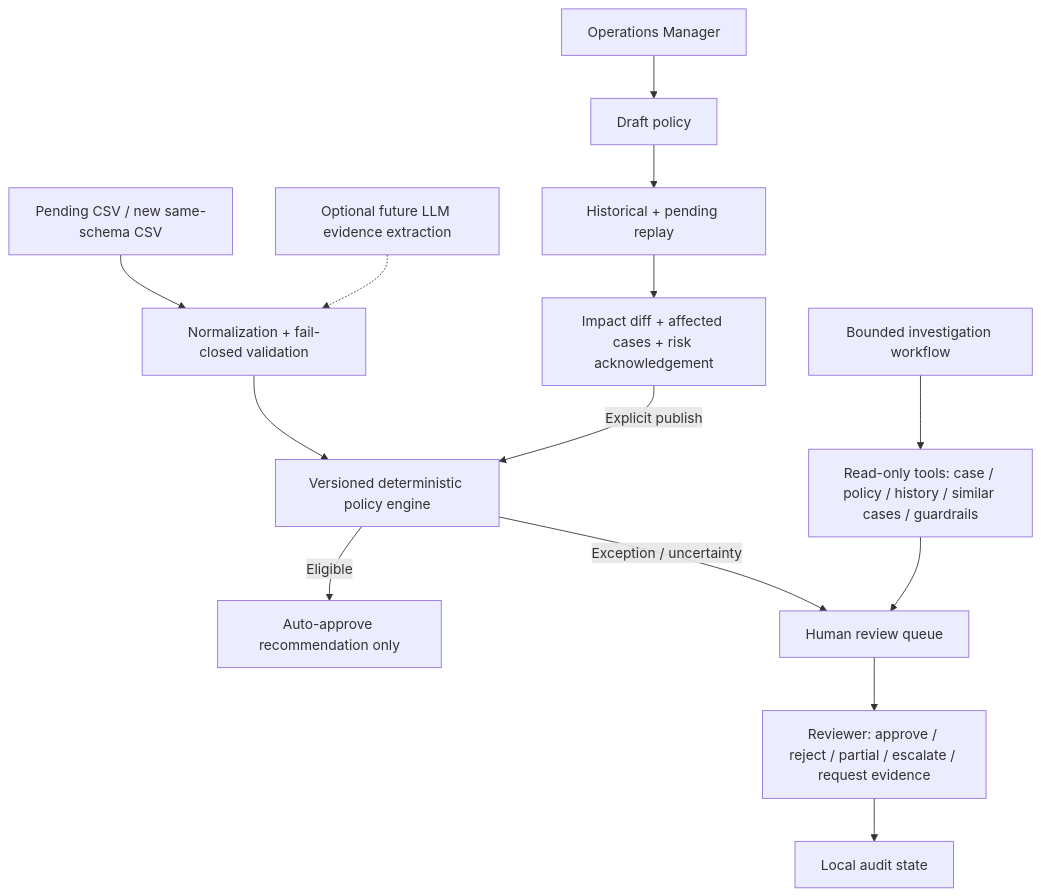
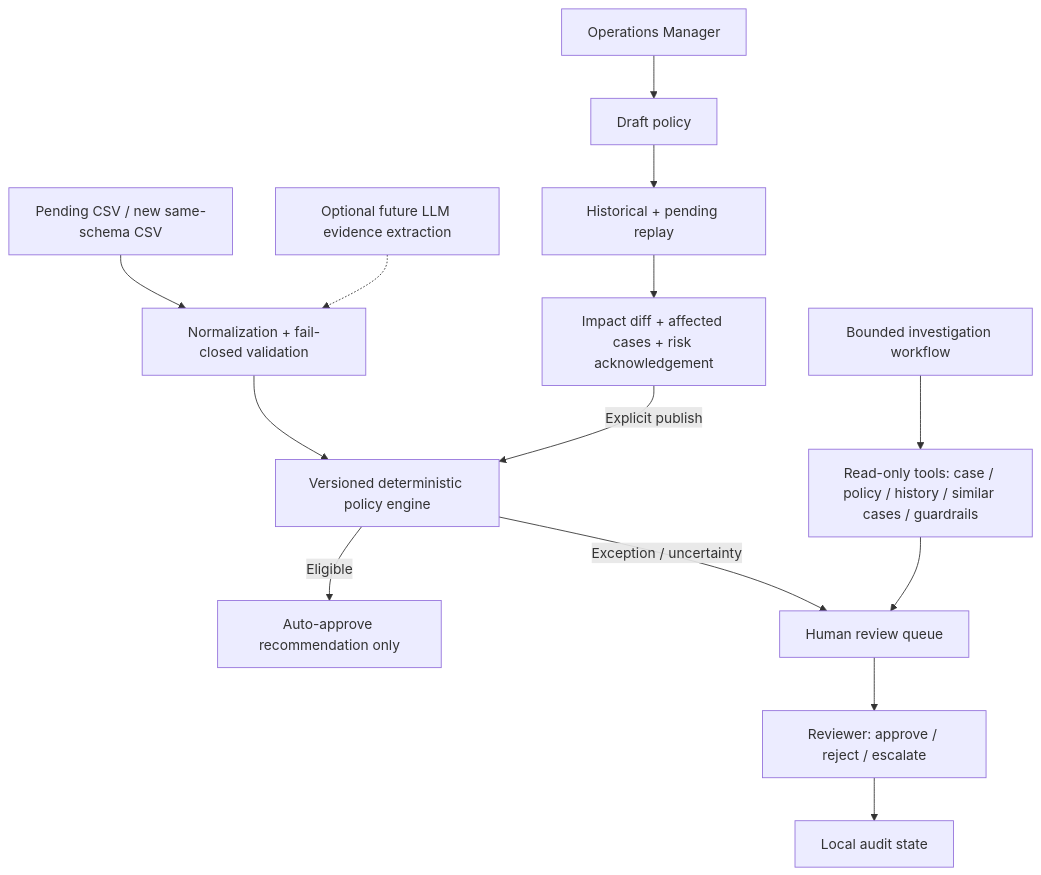
Before and after one commit to Or04/refundops-ai: the diagram in docs/ARCHITECTURE.md, drawn with Mermaid. The commit also changed other lines of this file and 4 other files, not shown here.

Commit message:
Document visual refund decision flow and harden engine against unverified fraud evidence

````diff
--- a/docs/ARCHITECTURE.md
+++ b/docs/ARCHITECTURE.md
@@ -5,16 +5,16 @@
 ```mermaid
 flowchart TD
  A[Pending CSV / new same-schema CSV] --> B[Normalization + fail-closed validation]
  B --> C[Versioned deterministic policy engine]
  C -->|Eligible| D[Auto-approve recommendation only]
  C -->|Exception / uncertainty| E[Human review queue]
- E --> F[Reviewer: approve / reject / partial / escalate / request evidence]
+ E --> F[Reviewer: approve / reject / escalate]
  F --> G[Local audit state]
  H[Operations Manager] --> I[Draft policy]
  I --> J[Historical + pending replay]
  J --> K[Impact diff + affected cases + risk acknowledgement]
  K -->|Explicit publish| C
  L[Bounded investigation workflow] --> M[Read-only tools: case / policy / history / similar cases / guardrails]
  M --> E
  N[Optional future LLM evidence extraction] -.-> B
 ```
````
